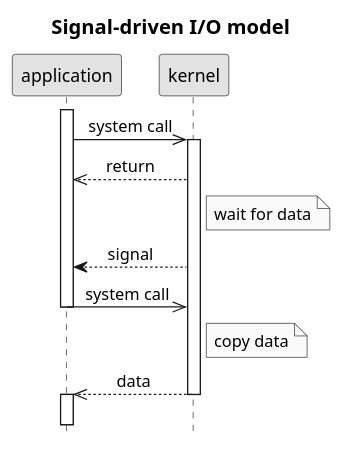
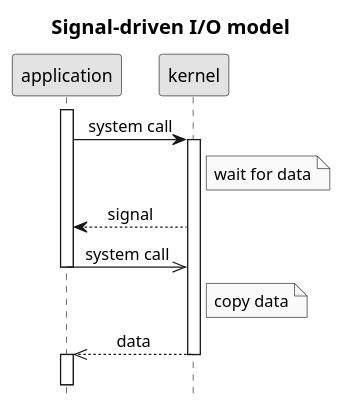
One commit to c0p4c4b4n4/demo-sockets-io-nio-nio2 changed the diagram in .images/signal-driven IO model.puml. Above: the diagram before and after it, drawn with PlantUML. The commit also changed 5 other files, not shown here.

```diff
--- a/.images/signal-driven IO model.puml
+++ b/.images/signal-driven IO model.puml
@@ -1,20 +1,20 @@
 @startuml
 title Signal-driven I/O model
 hide footbox
 skinparam monochrome true
+skinparam defaultFontName Arial
 skinparam titleFontSize 16
 skinparam sequenceMessageAlign center
 activate application
-application->>kernel: system call
+application->kernel: system call
 activate kernel
-kernel-->>application: return
 Note right of kernel: wait for data
 kernel-->application: signal
 application->>kernel: system call
 deactivate application
 Note right of kernel: copy data
 kernel-->>application: data
 deactivate kernel
 activate application
 ||15||
 @enduml
```
